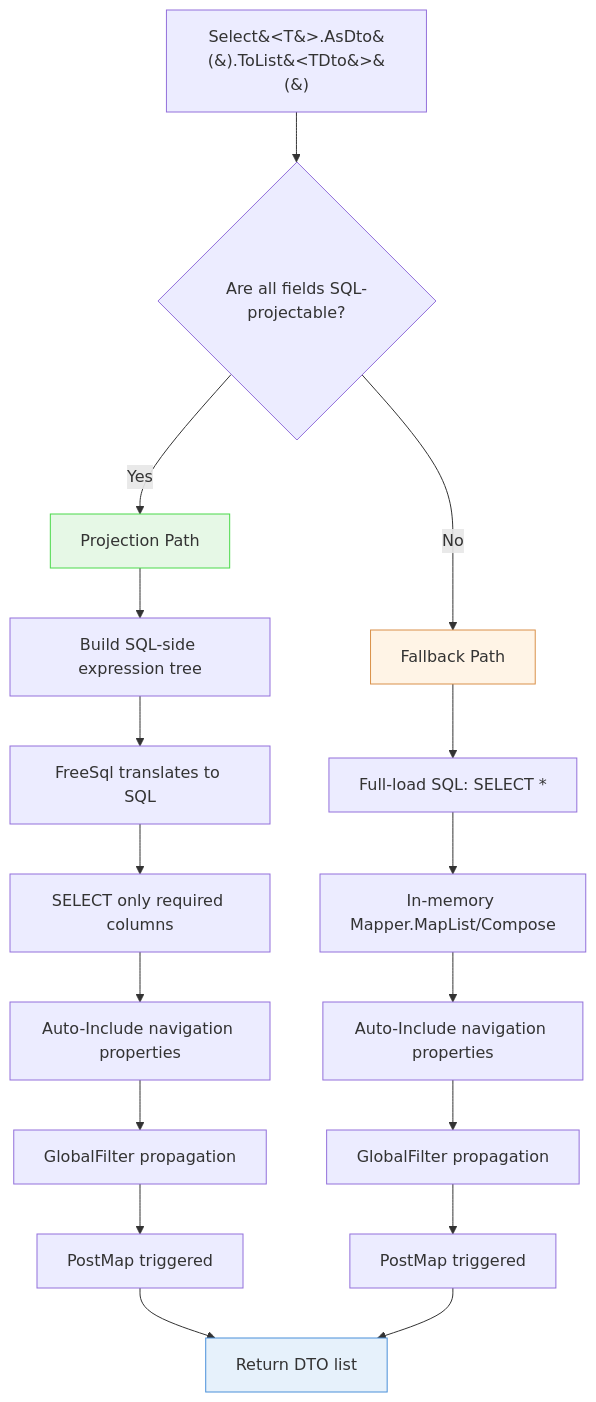
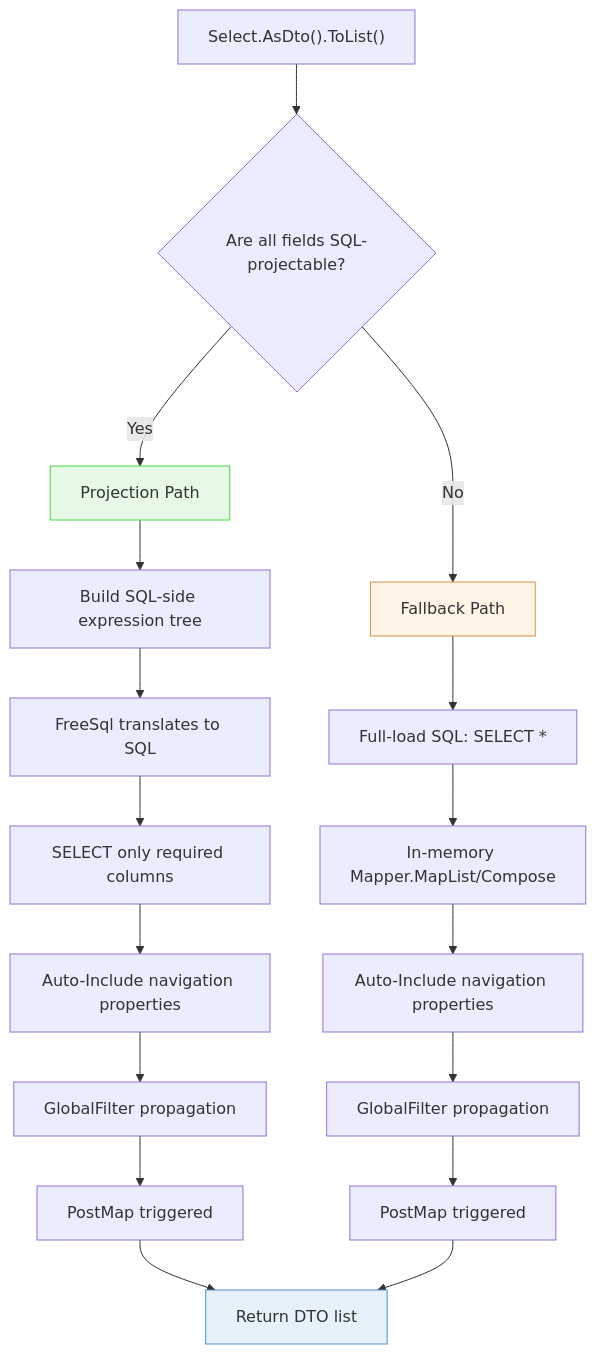
The diagram in docs/en-US/how-to/orm/freesql-single-table.md (hchxxzx/NCMapper), drawn with Mermaid before and after one commit. The commit also changed 8 other files, not shown here.

First line of the commit message:
fix(wiki): mermaid 标签改用引号包裹，修 4 处图表渲染失败

````diff
--- a/docs/en-US/how-to/orm/freesql-single-table.md
+++ b/docs/en-US/how-to/orm/freesql-single-table.md
@@ -112,22 +112,22 @@
 ```mermaid
 flowchart TD
-    Start[Select&#60;T&#62;.AsDto&#40;&#41;.ToList&#60;TDto&#62;&#40;&#41;] --> Detect{Are all fields SQL-projectable?}
+    Start["Select<T>.AsDto().ToList<TDto>()"] --> Detect{Are all fields SQL-projectable?}
     Detect -->|Yes| Proj[Projection Path]
     Detect -->|No| Degrade[Fallback Path]
     Proj --> P1[Build SQL-side expression tree]
     P1 --> P2[FreeSql translates to SQL]
     P2 --> P3[SELECT only required columns]
     P3 --> P4[Auto-Include navigation properties]
     P4 --> P5[GlobalFilter propagation]
     P5 --> P6[PostMap triggered]
     P6 --> Result[Return DTO list]
     Degrade --> D1[Full-load SQL: SELECT *]
     D1 --> D2[In-memory Mapper.MapList/Compose]
     D2 --> D3[Auto-Include navigation properties]
     D3 --> D4[GlobalFilter propagation]
     D4 --> D5[PostMap triggered]
     D5 --> Result
     style Proj fill:#E6F8E6,stroke:#4AD94A
     style Degrade fill:#FFF4E6,stroke:#D9904A
     style Result fill:#E6F1FB,stroke:#4A90D9
 ```
````
